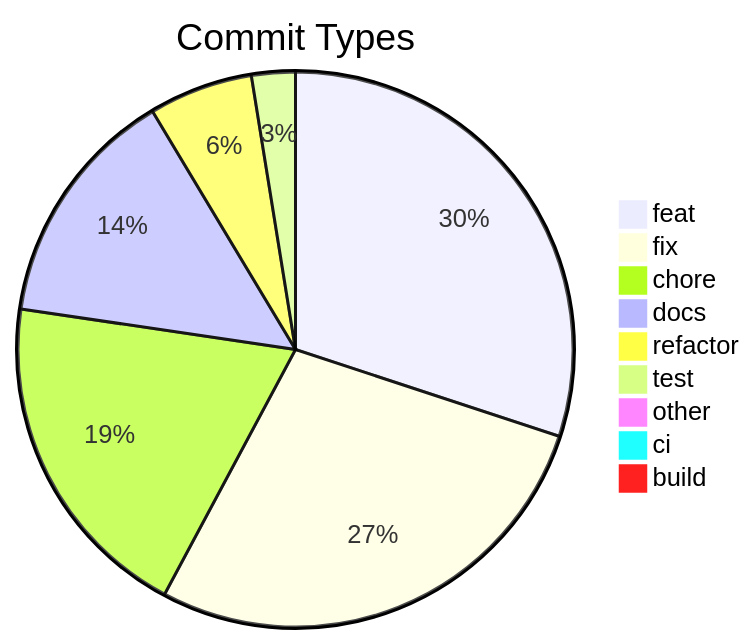
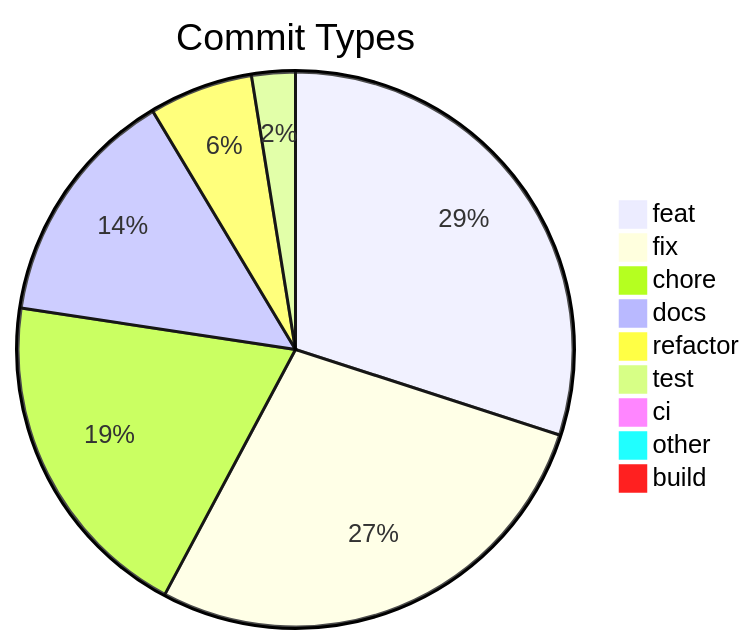
One commit to svenroth-ai/shipwright changed the diagram in .shipwright/compliance/change-history.md. Above: the diagram before and after it, drawn with Mermaid. The commit also changed other lines of this file and 7 other files, not shown here.

````diff
--- a/.shipwright/compliance/change-history.md
+++ b/.shipwright/compliance/change-history.md
@@ -8,12 +8,12 @@
 ```mermaid
 pie title Commit Types
     "feat" : 248
-    "fix" : 229
-    "chore" : 161
+    "fix" : 230
+    "chore" : 162
     "docs" : 116
     "refactor" : 50
     "test" : 21
+    "ci" : 7
     "other" : 7
-    "ci" : 6
     "build" : 1
 ```
````
